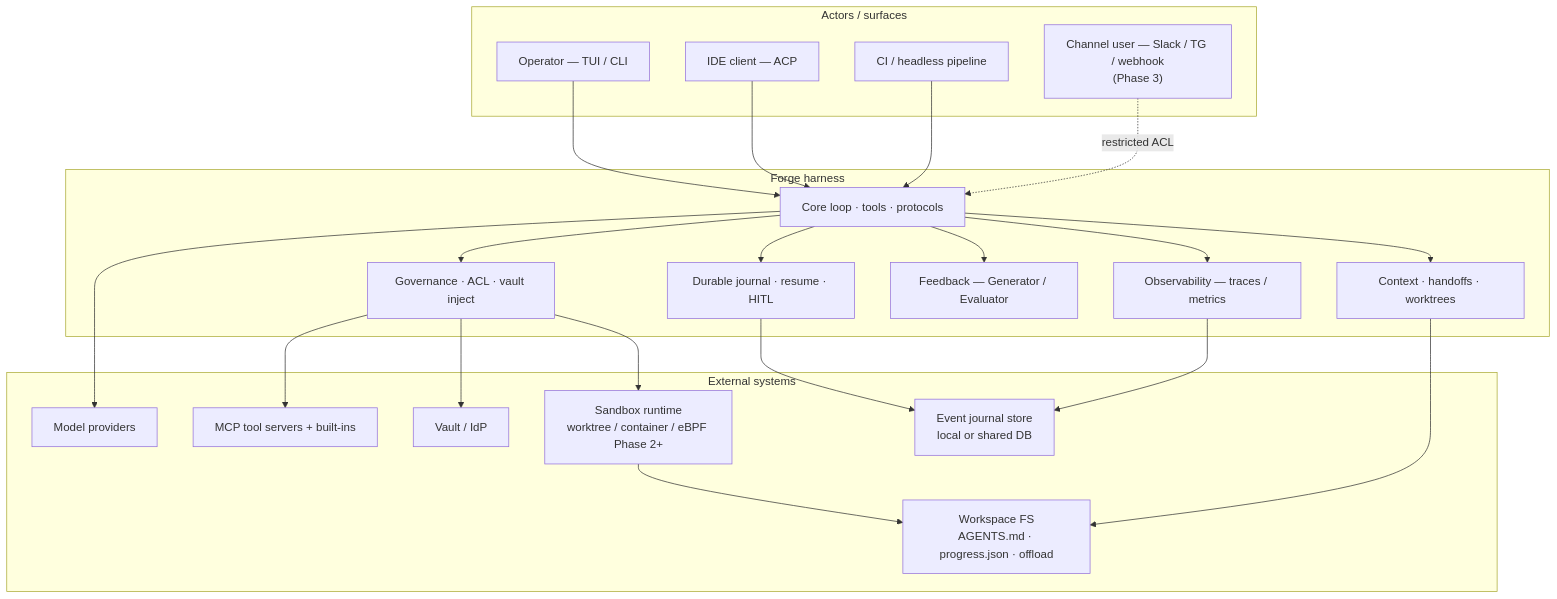
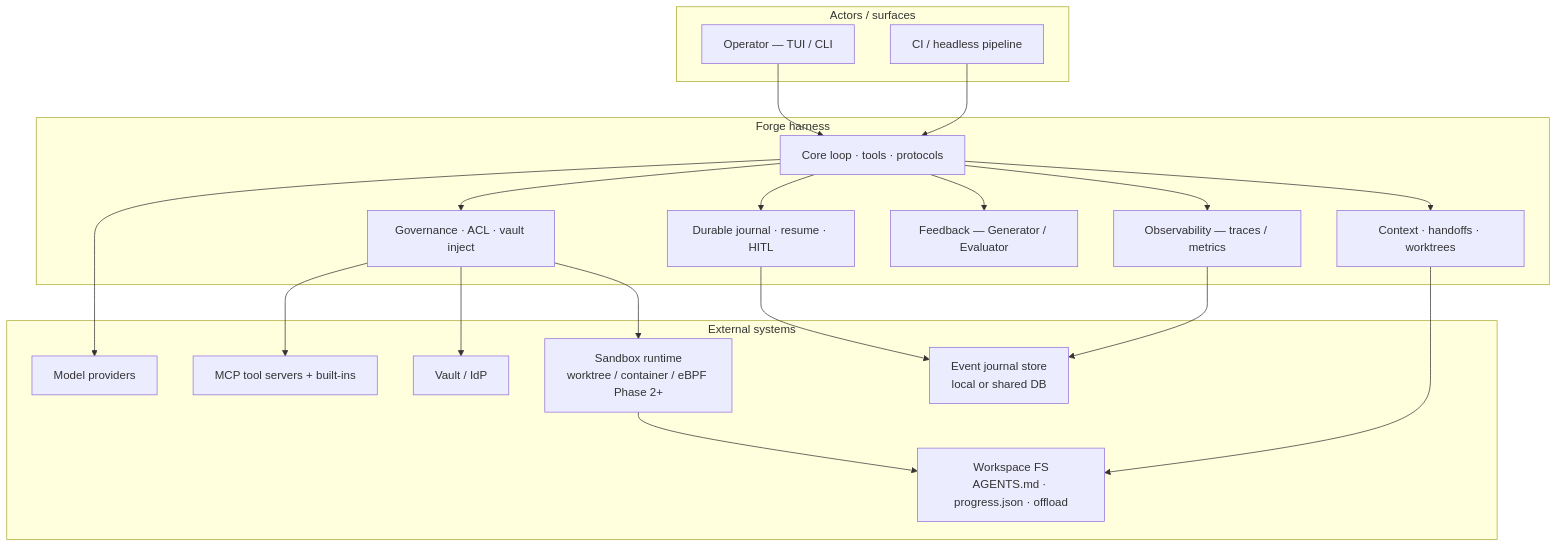
The first of 14 diagrams in docs/architecture.md (NorviaLabs/forge), drawn with Mermaid before and after one commit. The commit also changed other lines of this file and 30 other files, not shown here.

````diff
--- a/docs/architecture.md
+++ b/docs/architecture.md
@@ -72,47 +72,43 @@
 ```mermaid
 flowchart TB
   subgraph actors["Actors / surfaces"]
     OP["Operator — TUI / CLI"]
-    IDE["IDE client — ACP"]
     CI["CI / headless pipeline"]
-    CH["Channel user — Slack / TG / webhook<br/>(Phase 3)"]
   end
 
   subgraph forge["Forge harness"]
     CORE["Core loop · tools · protocols"]
     CTX["Context · handoffs · worktrees"]
     DUR["Durable journal · resume · HITL"]
     GOV["Governance · ACL · vault inject"]
     FB["Feedback — Generator / Evaluator"]
     OBS["Observability — traces / metrics"]
   end
 
   subgraph externals["External systems"]
     MDL["Model providers"]
     MCP["MCP tool servers + built-ins"]
     VAULT["Vault / IdP"]
     SBX["Sandbox runtime<br/>worktree / container / eBPF Phase 2+"]
     WS["Workspace FS<br/>AGENTS.md · progress.json · offload"]
     JRN["Event journal store<br/>local or shared DB"]
   end
 
   OP --> CORE
-  IDE --> CORE
   CI --> CORE
-  CH -.->|"restricted ACL"| CORE
 
   CORE --> CTX
   CORE --> DUR
   CORE --> GOV
   CORE --> FB
   CORE --> OBS
 
   CORE --> MDL
   GOV --> VAULT
   GOV --> MCP
   GOV --> SBX
   SBX --> WS
   CTX --> WS
   DUR --> JRN
   OBS --> JRN
 ```
````
